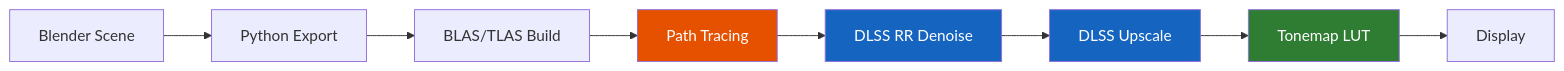
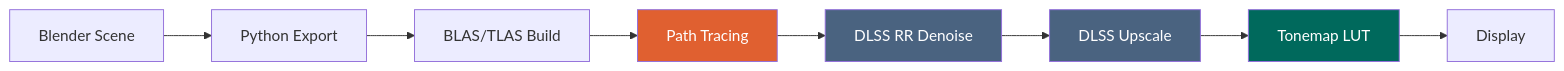
One commit to kalexis1994/ignis-rt changed the second of 2 diagrams in docs/index.md. Above: the diagram before and after it, drawn with Mermaid. The commit also changed other lines of this file and 12 other files, not shown here.

First line of the commit message:
Docs: Ignis palette, favicon, dark-safe diagram fills, contrast JS

````diff
--- a/docs/index.md
+++ b/docs/index.md
@@ -65,15 +57,15 @@
 ```mermaid
 flowchart LR
     A[Blender Scene] --> B[Python Export]
     B --> C[BLAS/TLAS Build]
     C --> D[Path Tracing]
     D --> E[DLSS RR Denoise]
     E --> F[DLSS Upscale]
     F --> G[Tonemap LUT]
     G --> H[Display]
 
-    style D fill:#e65100,color:white
-    style E fill:#1565c0,color:white
-    style F fill:#1565c0,color:white
-    style G fill:#2e7d32,color:white
+    style D fill:#E06030,color:white
+    style E fill:#4A6380,color:white
+    style F fill:#4A6380,color:white
+    style G fill:#00695C,color:white
 ```
````
